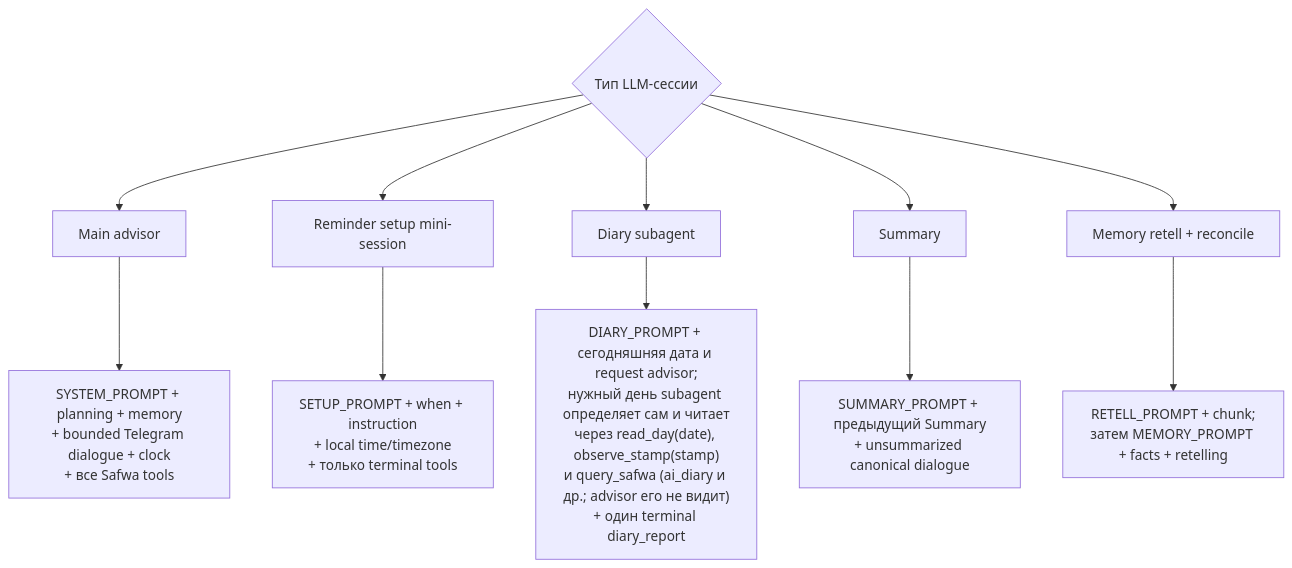
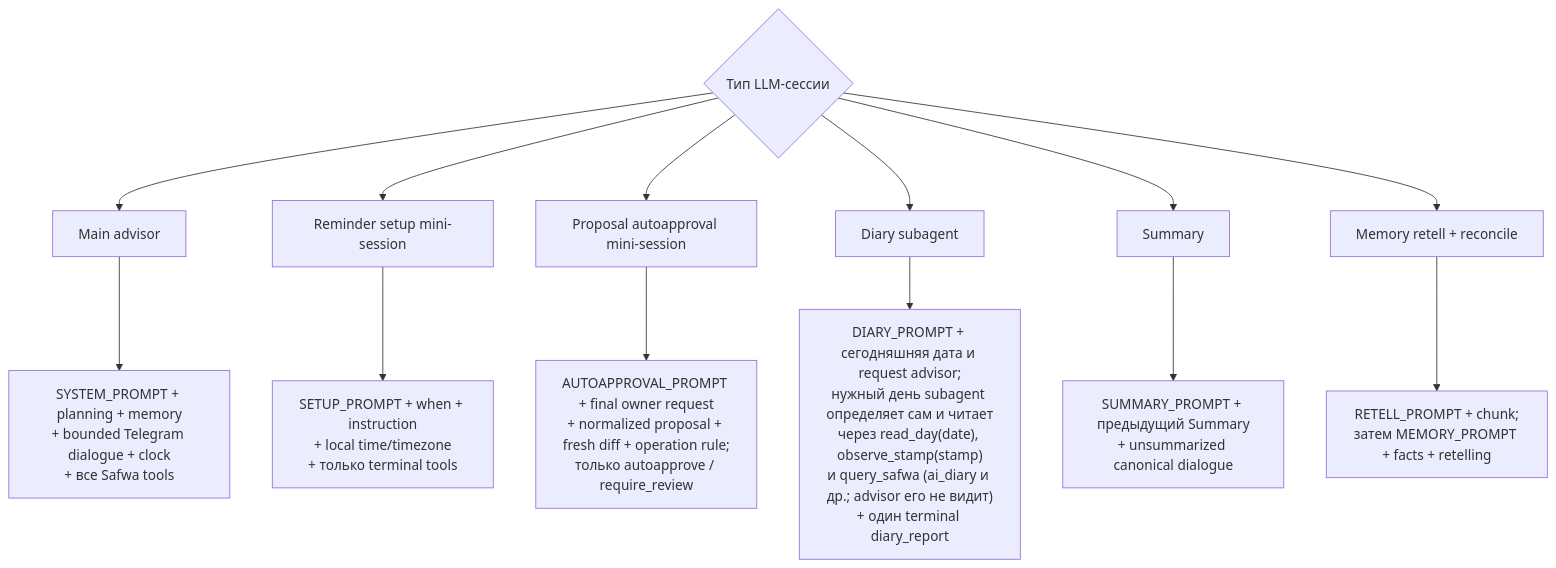
Before and after one commit to myvaheed/tg-ai-safwa: the second of 2 diagrams in docs/diagrams/03-session-contexts.md, drawn with Mermaid. The commit also changed other lines of this file and 9 other files, not shown here.

````diff
--- a/docs/diagrams/03-session-contexts.md
+++ b/docs/diagrams/03-session-contexts.md
@@ -31,15 +31,17 @@
 ```mermaid
 flowchart TD
     E{"Тип LLM-сессии"}
     E --> MAIN["Main advisor"]
     E --> SETUP["Reminder setup mini-session"]
+    E --> AUTO["Proposal autoapproval mini-session"]
     E --> SUB["Diary subagent"]
     E --> SUM["Summary"]
     E --> RETELL["Memory retell + reconcile"]
 
     MAIN --> MC["SYSTEM_PROMPT + planning + memory<br/>+ bounded Telegram dialogue + clock<br/>+ все Safwa tools"]
     SETUP --> SC["SETUP_PROMPT + when + instruction<br/>+ local time/timezone<br/>+ только terminal tools"]
+    AUTO --> AC["AUTOAPPROVAL_PROMPT + final owner request<br/>+ normalized proposal + fresh diff + operation rule;<br/>только autoapprove / require_review"]
     SUB --> SBC["DIARY_PROMPT + сегодняшняя дата и request advisor;<br/>нужный день subagent определяет сам и читает<br/>через read_day(date), observe_stamp(stamp)<br/>и query_safwa (ai_diary и др.; advisor его не видит)<br/>+ один terminal diary_report"]
     SUM --> SUC["SUMMARY_PROMPT + предыдущий Summary<br/>+ unsummarized canonical dialogue"]
     RETELL --> MEC["RETELL_PROMPT + chunk;<br/>затем MEMORY_PROMPT + facts + retelling"]
 ```
````
